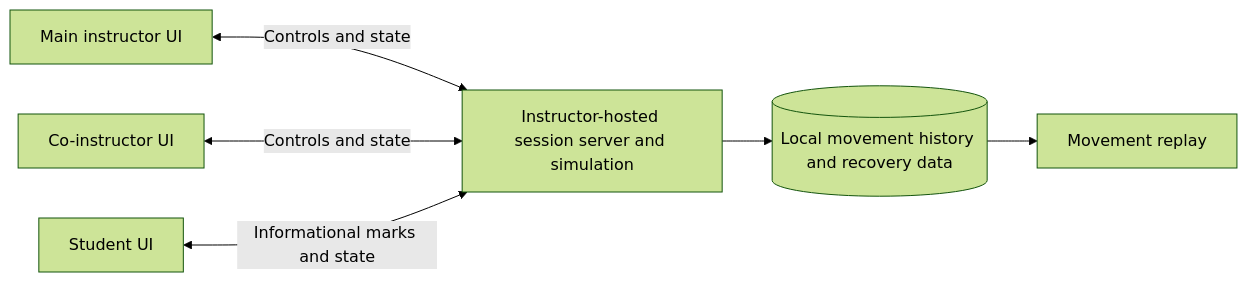
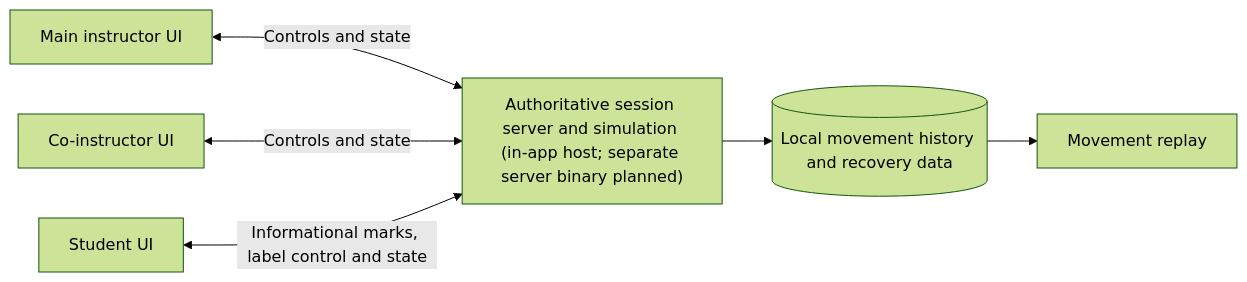
Before and after one commit to Fly-Style/atc-trainer: the diagram in docs/superpowers/specs/2026-11-26-atc-trainer-design.md, drawn with Mermaid (forest theme). The commit also changed other lines of this file and 4 other files, not shown here.

````diff
--- a/docs/superpowers/specs/2026-11-26-atc-trainer-design.md
+++ b/docs/superpowers/specs/2026-11-26-atc-trainer-design.md
@@ -33,8 +35,8 @@
 ```mermaid
 flowchart LR
-    Main[Main instructor UI] <-->|Controls and state| Host[Instructor-hosted session server and simulation]
+    Main[Main instructor UI] <-->|Controls and state| Host["Authoritative session server and simulation (in-app host; separate server binary planned)"]
     Co[Co-instructor UI] <-->|Controls and state| Host
-    Student[Student UI] <-->|Informational marks and state| Host
+    Student[Student UI] <-->|Informational marks, label control and state| Host
     Host --> Recording[(Local movement history and recovery data)]
     Recording --> Replay[Movement replay]
 ```
````
